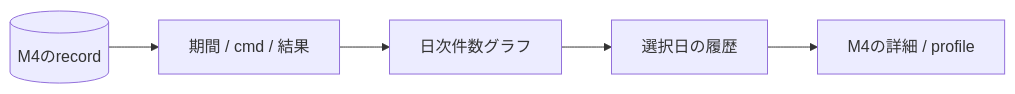
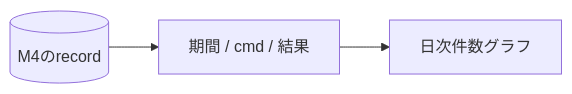
The diagram in docs/design/m5-analytics.md (OhataKenji/zeal), drawn with Mermaid before and after one commit. The commit also changed other lines of this file and 12 other files, not shown here.

````diff
--- a/docs/design/m5-analytics.md
+++ b/docs/design/m5-analytics.md
@@ -8,7 +8,5 @@
 ```mermaid
 flowchart LR
     DB[("M4のrecord")] --> FILTER["期間 / cmd / 結果"]
     FILTER --> COUNT["日次件数グラフ"]
-    COUNT --> RUNS["選択日の履歴"]
-    RUNS --> DETAIL["M4の詳細 / profile"]
 ```
````
